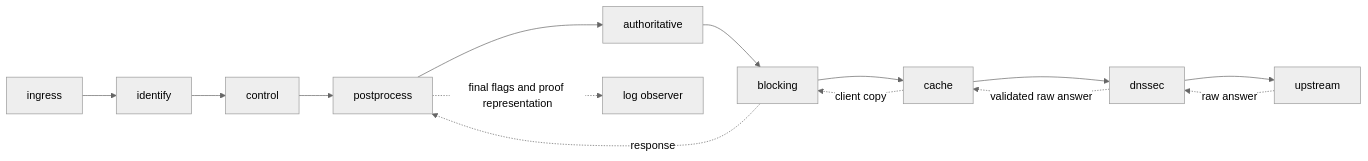
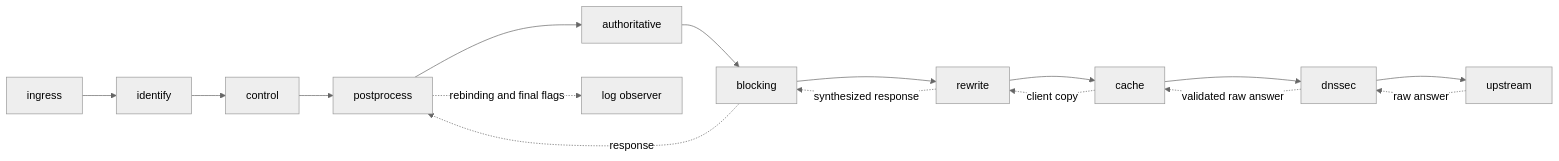
One commit to robertherbaugh/kudurru changed the first of 6 diagrams in docs/architecture/query-path.md. Above: the diagram before and after it, drawn with Mermaid (neutral theme). The commit also changed other lines of this file and 13 other files, not shown here.

Commit message:
feat(dns): apply client synthesis after raw cache lookup

````diff
--- a/docs/architecture/query-path.md
+++ b/docs/architecture/query-path.md
@@ -12,10 +12,11 @@
 ```mermaid
 flowchart LR
     I[ingress] --> ID[identify] --> C[control] --> P[postprocess]
-    P --> A[authoritative] --> B[blocking] --> K[cache] --> D[dnssec] --> U[upstream]
+    P --> A[authoritative] --> B[blocking] --> R[rewrite] --> K[cache] --> D[dnssec] --> U[upstream]
     U -. raw answer .-> D
     D -. validated raw answer .-> K
-    K -. client copy .-> B
+    K -. client copy .-> R
+    R -. synthesized response .-> B
     B -. response .-> P
-    P -. final flags and proof representation .-> L[log observer]
+    P -. rebinding and final flags .-> L[log observer]
 ```
````
